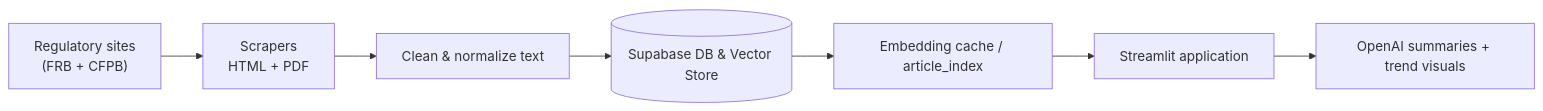
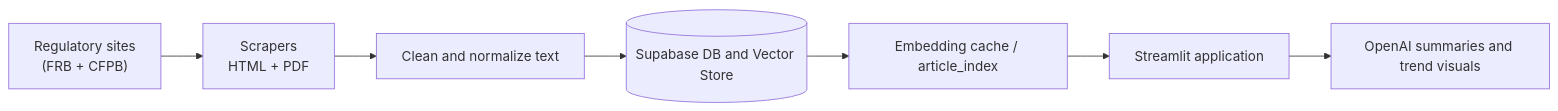
Before and after one commit to clarktommie/usaa_fraud_dectection: the diagram in README.md, drawn with Mermaid. The commit also changed other lines of this file, not shown here.

````diff
--- a/README.md
+++ b/README.md
@@ -101,9 +90,9 @@
 ```mermaid
 flowchart LR
     A["Regulatory sites<br/>(FRB + CFPB)"] --> B["Scrapers<br/>HTML + PDF"]
-    B --> C[Clean & normalize text]
-    C --> D[(Supabase DB & Vector Store)]
+    B --> C[Clean and normalize text]
+    C --> D[(Supabase DB and Vector Store)]
     D --> E[Embedding cache / article_index]
     E --> F[Streamlit application]
-    F --> G[OpenAI summaries + trend visuals]
+    F --> G[OpenAI summaries and trend visuals]
 ```
````
